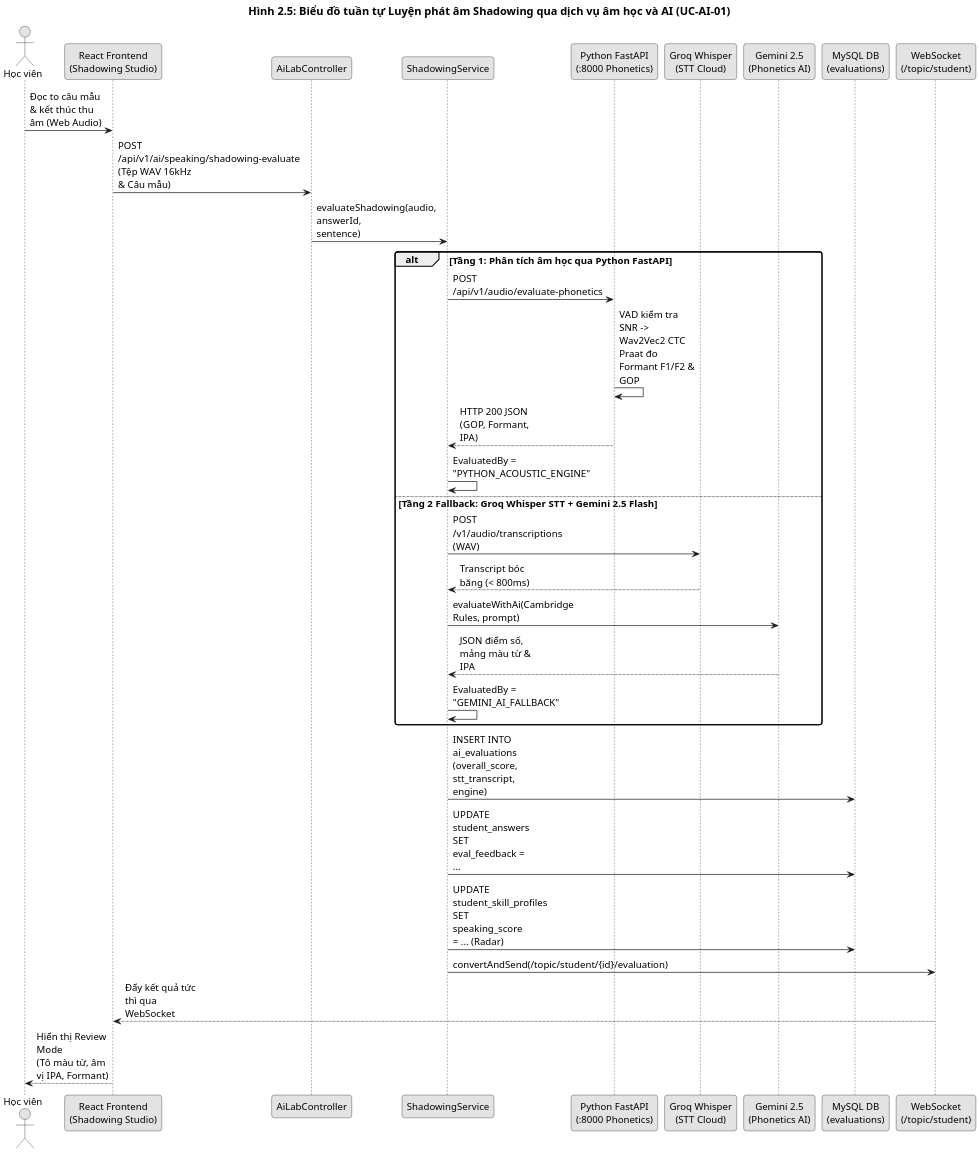
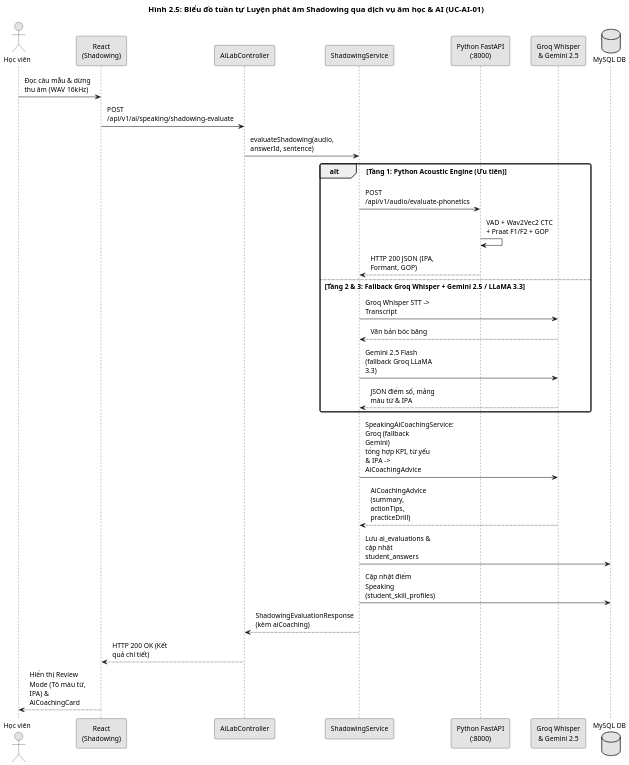
The diagram in plantuml_diagrams/Hinh_2_5_Sequence_UC_AI_01_Luyen_phat_am_Shadowing.puml (TrungPham1126/englishlearning), drawn with PlantUML before and after one commit. The commit also changed 126 other files, not shown here.

First line of the commit message:
feat: cải thiện luyện nói, chấm điểm Speaking và trải nghiệm làm bài

```diff
--- a/plantuml_diagrams/Hinh_2_5_Sequence_UC_AI_01_Luyen_phat_am_Shadowing.puml
+++ b/plantuml_diagrams/Hinh_2_5_Sequence_UC_AI_01_Luyen_phat_am_Shadowing.puml
@@ -1,45 +1,46 @@
 @startuml Hinh_2_5_Sequence_UC_AI_01_Luyen_phat_am_Shadowing
-title Hình 2.5: Biểu đồ tuần tự Luyện phát âm Shadowing qua dịch vụ âm học và AI (UC-AI-01)
-skinparam dpi 200
+title Hình 2.5: Biểu đồ tuần tự Luyện phát âm Shadowing qua dịch vụ âm học & AI (UC-AI-01)
+skinparam dpi 150
 skinparam monochrome true
 skinparam shadowing false
+skinparam backgroundColor #FFFFFF
 skinparam defaultFontName Arial
-skinparam defaultFontSize 14
-skinparam titleFontSize 16
-skinparam roundcorner 8
-skinparam maxMessageSize 110
+skinparam defaultFontSize 13
+skinparam titleFontSize 15
+skinparam titleFontStyle bold
+skinparam roundcorner 6
+skinparam padding 4
+skinparam maxMessageSize 130
 
 actor "Học viên" as Student
-participant "React Frontend\n(Shadowing Studio)" as FE
+participant "React\n(Shadowing)" as FE
 participant "AiLabController" as AiCtrl
 participant "ShadowingService" as ShadowSvc
-participant "Python FastAPI\n(:8000 Phonetics)" as PyFastAPI
-participant "Groq Whisper\n(STT Cloud)" as GroqSTT
-participant "Gemini 2.5\n(Phonetics AI)" as GeminiAI
-participant "MySQL DB\n(evaluations)" as DB
-participant "WebSocket\n(/topic/student)" as STOMP
+participant "Python FastAPI\n(:8000)" as PyAPI
+participant "Groq Whisper\n& Gemini 2.5" as CloudAI
+database "MySQL DB" as DB
 
-Student -> FE: Đọc to câu mẫu & kết thúc thu âm (Web Audio)
-FE -> AiCtrl: POST /api/v1/ai/speaking/shadowing-evaluate\n(Tệp WAV 16kHz & Câu mẫu)
+Student -> FE: Đọc câu mẫu & dừng thu âm (WAV 16kHz)
+FE -> AiCtrl: POST /api/v1/ai/speaking/shadowing-evaluate
 AiCtrl -> ShadowSvc: evaluateShadowing(audio, answerId, sentence)
 
-alt Tầng 1: Phân tích âm học qua Python FastAPI
-    ShadowSvc -> PyFastAPI: POST /api/v1/audio/evaluate-phonetics
-    PyFastAPI -> PyFastAPI: VAD kiểm tra SNR -> Wav2Vec2 CTC\nPraat đo Formant F1/F2 & GOP
-    PyFastAPI --> ShadowSvc: HTTP 200 JSON (GOP, Formant, IPA)
-    ShadowSvc -> ShadowSvc: EvaluatedBy = "PYTHON_ACOUSTIC_ENGINE"
-else Tầng 2 Fallback: Groq Whisper STT + Gemini 2.5 Flash
-    ShadowSvc -> GroqSTT: POST /v1/audio/transcriptions (WAV)
-    GroqSTT --> ShadowSvc: Transcript bóc băng (< 800ms)
-    ShadowSvc -> GeminiAI: evaluateWithAi(Cambridge Rules, prompt)
-    GeminiAI --> ShadowSvc: JSON điểm số, mảng màu từ & IPA
-    ShadowSvc -> ShadowSvc: EvaluatedBy = "GEMINI_AI_FALLBACK"
+alt Tầng 1: Python Acoustic Engine (Ưu tiên)
+    ShadowSvc -> PyAPI: POST /api/v1/audio/evaluate-phonetics
+    PyAPI -> PyAPI: VAD + Wav2Vec2 CTC + Praat F1/F2 + GOP
+    PyAPI --> ShadowSvc: HTTP 200 JSON (IPA, Formant, GOP)
+else Tầng 2 & 3: Fallback Groq Whisper + Gemini 2.5 / LLaMA 3.3
+    ShadowSvc -> CloudAI: Groq Whisper STT -> Transcript
+    CloudAI --> ShadowSvc: Văn bản bóc băng
+    ShadowSvc -> CloudAI: Gemini 2.5 Flash (fallback Groq LLaMA 3.3)
+    CloudAI --> ShadowSvc: JSON điểm số, mảng màu từ & IPA
 end
 
-ShadowSvc -> DB: INSERT INTO ai_evaluations\n(overall_score, stt_transcript, engine)
-ShadowSvc -> DB: UPDATE student_answers SET eval_feedback = ...
-ShadowSvc -> DB: UPDATE student_skill_profiles\nSET speaking_score = ... (Radar)
-ShadowSvc -> STOMP: convertAndSend(/topic/student/{id}/evaluation)
-STOMP --> FE: Đẩy kết quả tức thì qua WebSocket
-FE --> Student: Hiển thị Review Mode\n(Tô màu từ, âm vị IPA, Formant)
+ShadowSvc -> CloudAI: SpeakingAiCoachingService: Groq (fallback Gemini)\ntổng hợp KPI, từ yếu & IPA -> AiCoachingAdvice
+CloudAI --> ShadowSvc: AiCoachingAdvice (summary, actionTips, practiceDrill)
+
+ShadowSvc -> DB: Lưu ai_evaluations & cập nhật student_answers
+ShadowSvc -> DB: Cập nhật điểm Speaking (student_skill_profiles)
+ShadowSvc --> AiCtrl: ShadowingEvaluationResponse (kèm aiCoaching)
+AiCtrl --> FE: HTTP 200 OK (Kết quả chi tiết)
+FE --> Student: Hiển thị Review Mode (Tô màu từ, IPA) & AiCoachingCard
 @enduml
```
